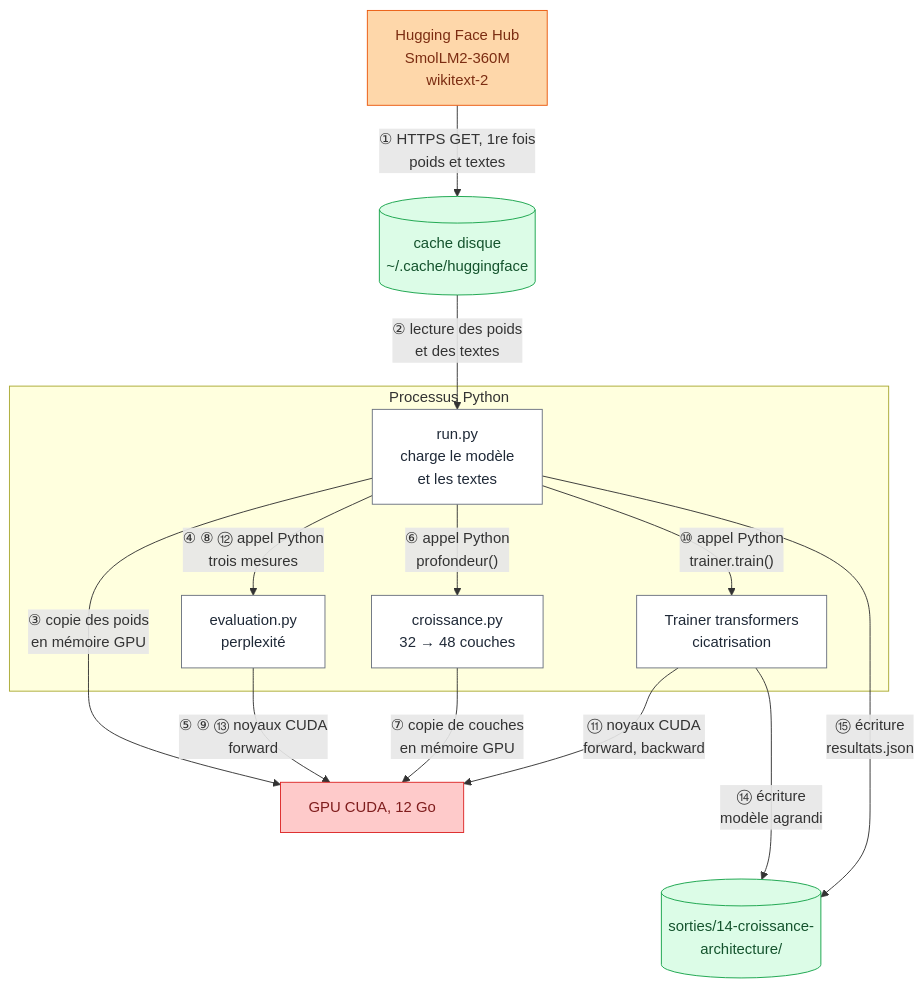
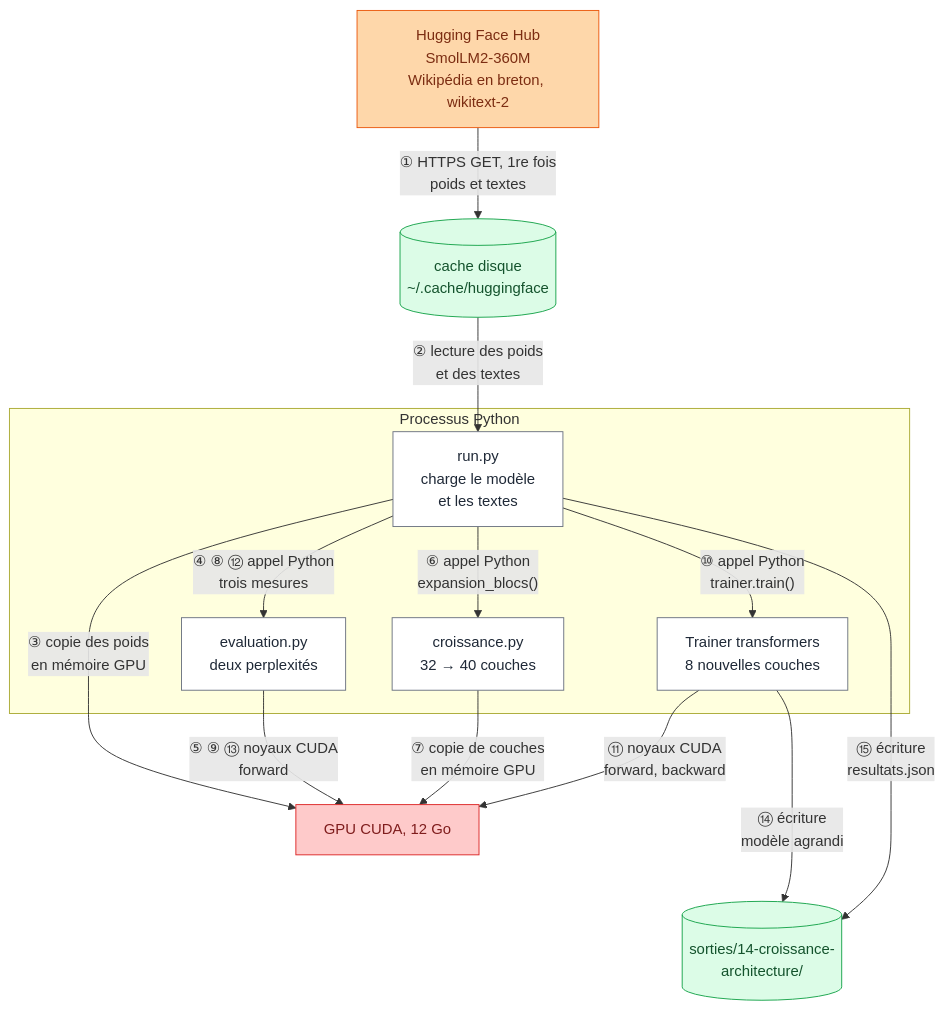
Before and after one commit to xavinsky/amelioria: the diagram in 14-croissance-architecture/README.md, drawn with Mermaid. The commit also changed other lines of this file and 22 other files, not shown here.

````diff
--- a/14-croissance-architecture/README.md
+++ b/14-croissance-architecture/README.md
@@ -54,36 +55,36 @@
 ```mermaid
 flowchart TD
   classDef externe fill:#fed7aa,stroke:#ea580c,color:#7c2d12
   classDef code fill:#ffffff,stroke:#6b7280,color:#1f2937
   classDef gpu fill:#fecaca,stroke:#dc2626,color:#7f1d1d
   classDef disque fill:#dcfce7,stroke:#16a34a,color:#14532d
 
-  Hub["Hugging Face Hub<br/>SmolLM2-360M<br/>wikitext-2"]
+  Hub["Hugging Face Hub<br/>SmolLM2-360M<br/>Wikipédia en breton, wikitext-2"]
   Cache[("cache disque<br/>~/.cache/huggingface")]
   subgraph Py["Processus Python"]
     Run["run.py<br/>charge le modèle<br/>et les textes"]
-    Ev["evaluation.py<br/>perplexité"]
-    Cr["croissance.py<br/>32 → 48 couches"]
-    Tr["Trainer transformers<br/>cicatrisation"]
+    Ev["evaluation.py<br/>deux perplexités"]
+    Cr["croissance.py<br/>32 → 40 couches"]
+    Tr["Trainer transformers<br/>8 nouvelles couches"]
   end
   GPU["GPU CUDA, 12 Go"]
   Out[("sorties/14-croissance-<br/>architecture/")]
 
   Hub -- "① HTTPS GET, 1re fois<br/>poids et textes" --> Cache
   Cache -- "② lecture des poids<br/>et des textes" --> Run
   Run -- "③ copie des poids<br/>en mémoire GPU" --> GPU
   Run -- "④ ⑧ ⑫ appel Python<br/>trois mesures" --> Ev
   Ev -- "⑤ ⑨ ⑬ noyaux CUDA<br/>forward" --> GPU
-  Run -- "⑥ appel Python<br/>profondeur()" --> Cr
+  Run -- "⑥ appel Python<br/>expansion_blocs()" --> Cr
   Cr -- "⑦ copie de couches<br/>en mémoire GPU" --> GPU
   Run -- "⑩ appel Python<br/>trainer.train()" --> Tr
   Tr -- "⑪ noyaux CUDA<br/>forward, backward" --> GPU
   Tr -- "⑭ écriture<br/>modèle agrandi" --> Out
   Run -- "⑮ écriture<br/>resultats.json" --> Out
 
   GPU ~~~ Out
   class Hub externe
   class Run,Ev,Cr,Tr code
   class GPU gpu
   class Cache,Out disque
 ```
````
